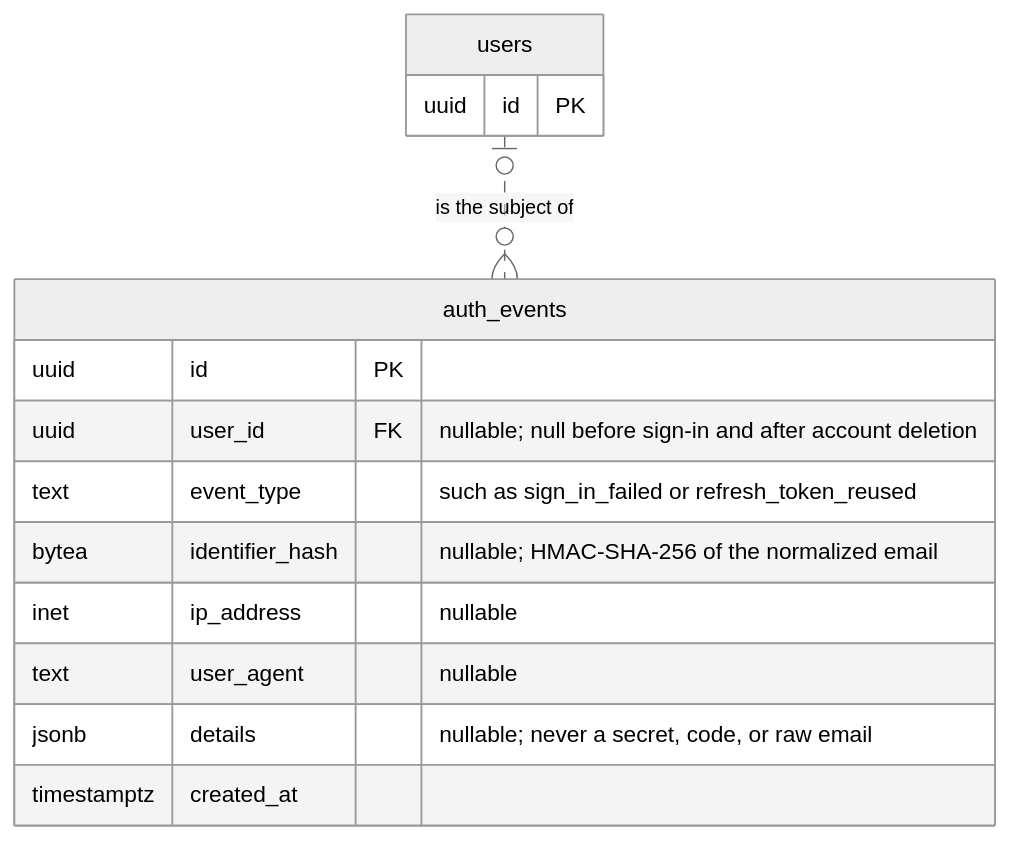
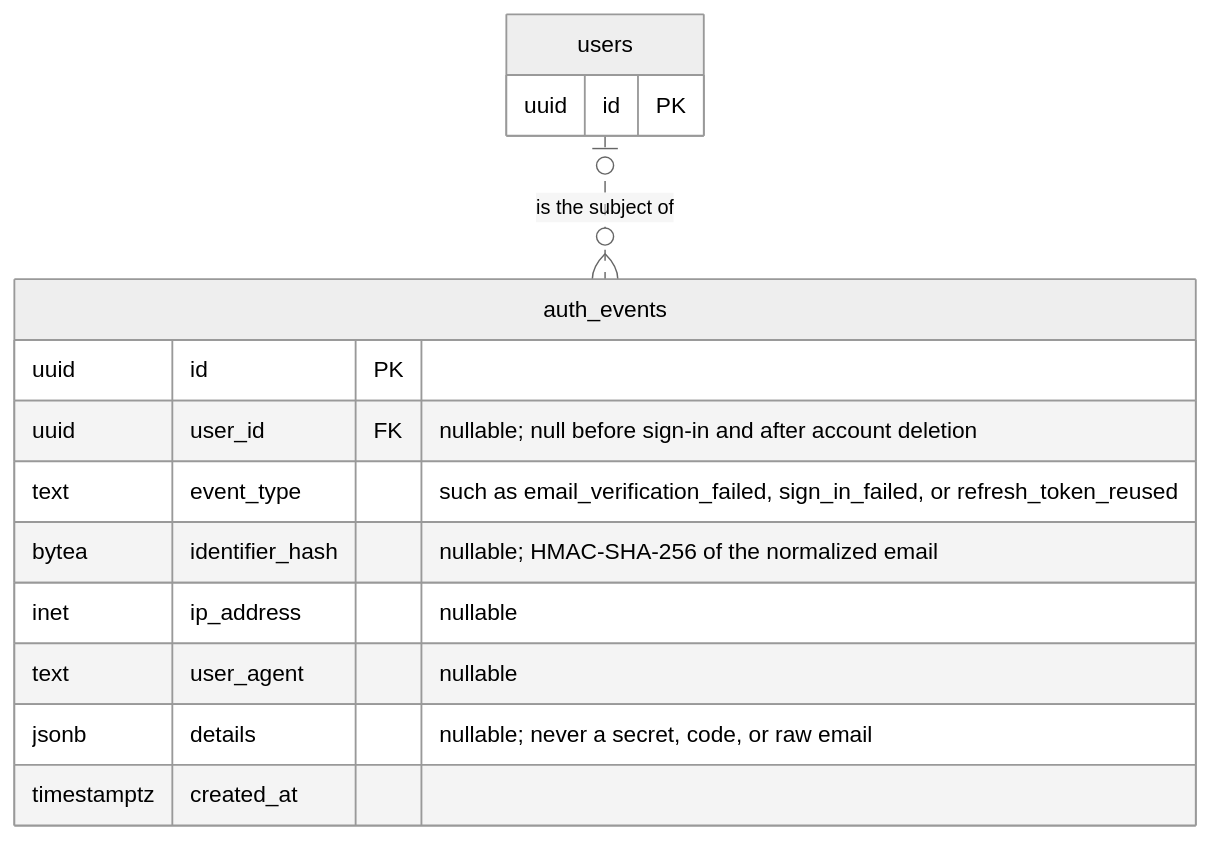
The fifth of 5 diagrams in ai/specs/18_09_2026__auth/18_09_2026__auth-erd.md (fam-tung-lam/job_status_found), drawn with Mermaid (neutral theme) before and after one commit. The commit also changed other lines of this file and 9 other files, not shown here.

Commit message:
docs(auth): align specification with session flows

````diff
--- a/ai/specs/18_09_2026__auth/18_09_2026__auth-erd.md
+++ b/ai/specs/18_09_2026__auth/18_09_2026__auth-erd.md
@@ -242,19 +246,19 @@
 ```mermaid
 erDiagram
     USER |o..o{ AUTH_EVENT: "is the subject of"
 
     USER["users"] {
         uuid id PK
     }
 
     AUTH_EVENT["auth_events"] {
         uuid id PK
         uuid user_id FK "nullable; null before sign-in and after account deletion"
-        text event_type "such as sign_in_failed or refresh_token_reused"
+        text event_type "such as email_verification_failed, sign_in_failed, or refresh_token_reused"
         bytea identifier_hash "nullable; HMAC-SHA-256 of the normalized email"
         inet ip_address "nullable"
         text user_agent "nullable"
         jsonb details "nullable; never a secret, code, or raw email"
         timestamptz created_at
     }
 ```
````
